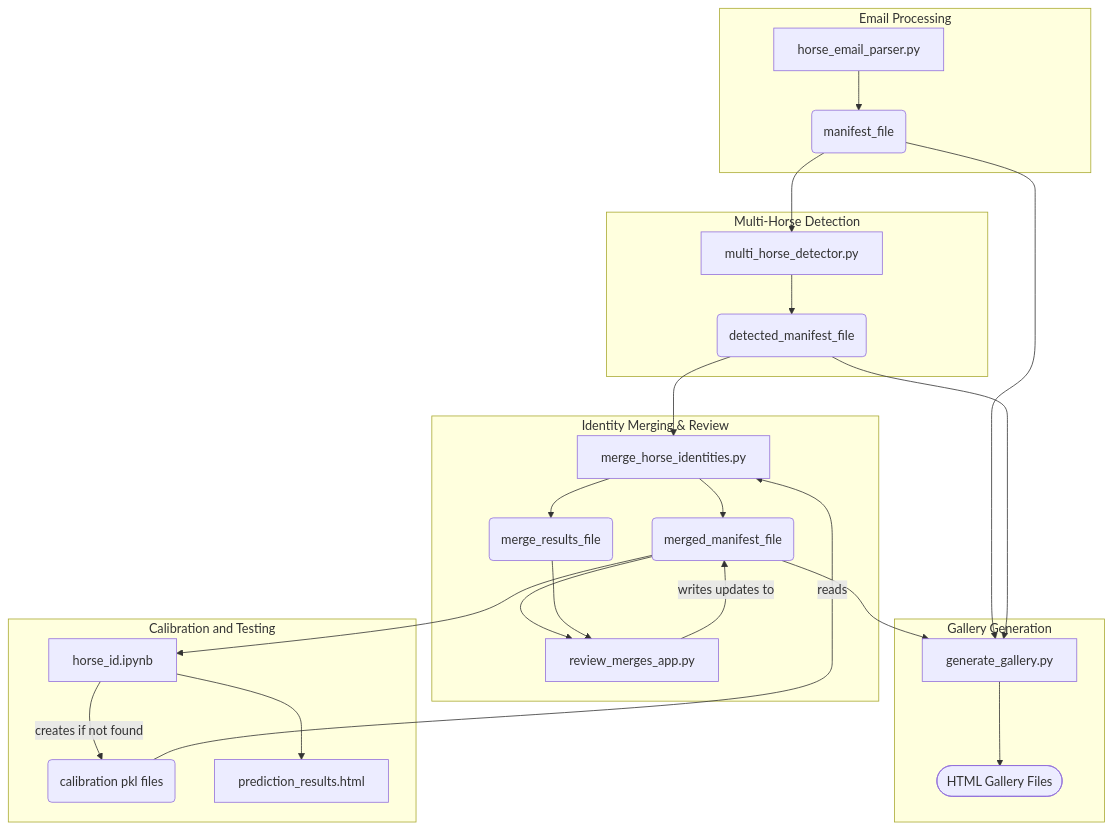
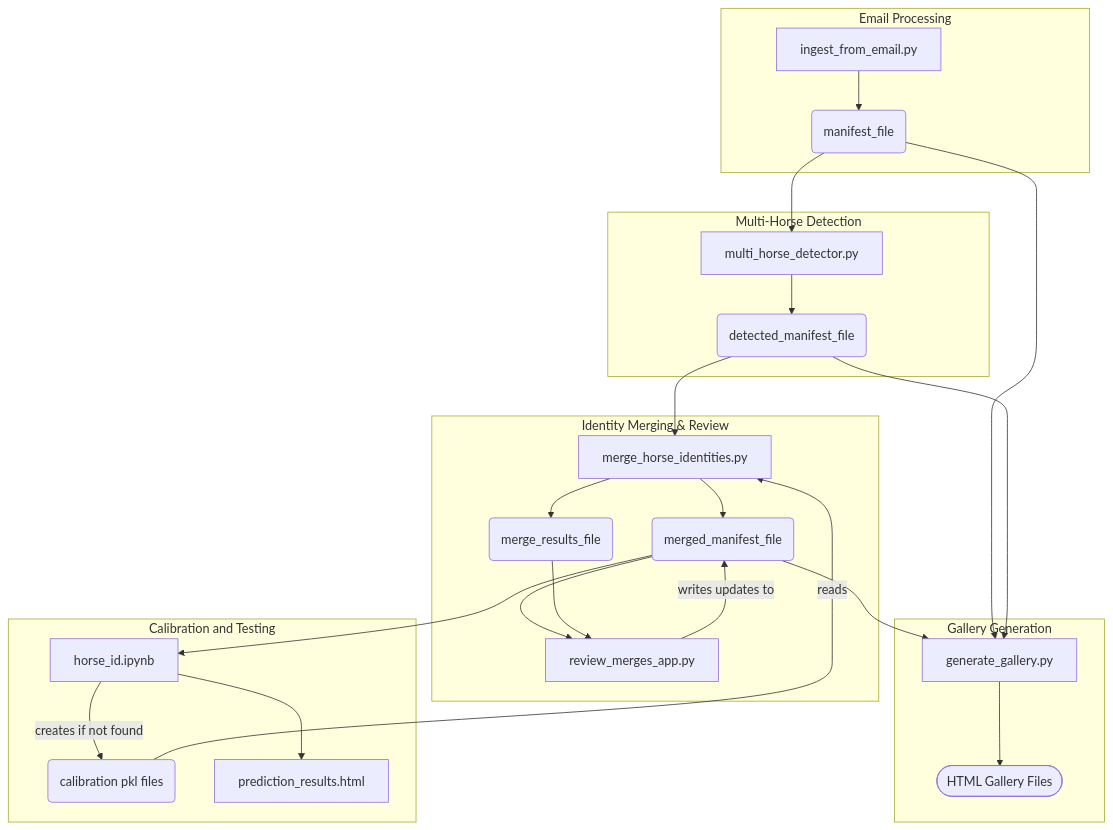
One commit to dlleigh/horse-id changed the second of 2 diagrams in README.md. Above: the diagram before and after it, drawn with Mermaid. The commit also changed other lines of this file and 1 other file, not shown here.

Commit message:
rename email ingestion script

````diff
--- a/README.md
+++ b/README.md
@@ -261,35 +261,35 @@
 ```mermaid
 graph TD
     subgraph "Email Processing"
-        email_parser["horse_email_parser.py"] --> manifest_base("manifest_file")
+        email_parser["ingest_from_email.py"] --> manifest_base("manifest_file")
     end
 
     subgraph "Multi-Horse Detection"
         manifest_base --> detector["multi_horse_detector.py"]
         detector --> manifest_detected("detected_manifest_file")
     end
 
     subgraph "Identity Merging & Review"
         manifest_detected --> merger["merge_horse_identities.py"]
         merger --> manifest_merged("merged_manifest_file")
         merger --> merge_log("merge_results_file")
         manifest_merged --> reviewer["review_merges_app.py"]
         merge_log --> reviewer
         reviewer -- "writes updates to" --> manifest_merged
     end
 
     subgraph "Gallery Generation"
         manifest_base --> gallery_gen["generate_gallery.py"]
         manifest_detected --> gallery_gen
         manifest_merged --> gallery_gen
         gallery_gen --> html_galleries([HTML Gallery Files])
     end
 
     subgraph "Calibration and Testing"
         manifest_merged --> calibration["horse_id.ipynb"]
         calibration -- "creates if not found" --> calibration_files(calibration pkl files)
         calibration_files -- "reads" --> merger
         calibration --> prediction_results["prediction_results.html"]
     end
 
 ```
````
